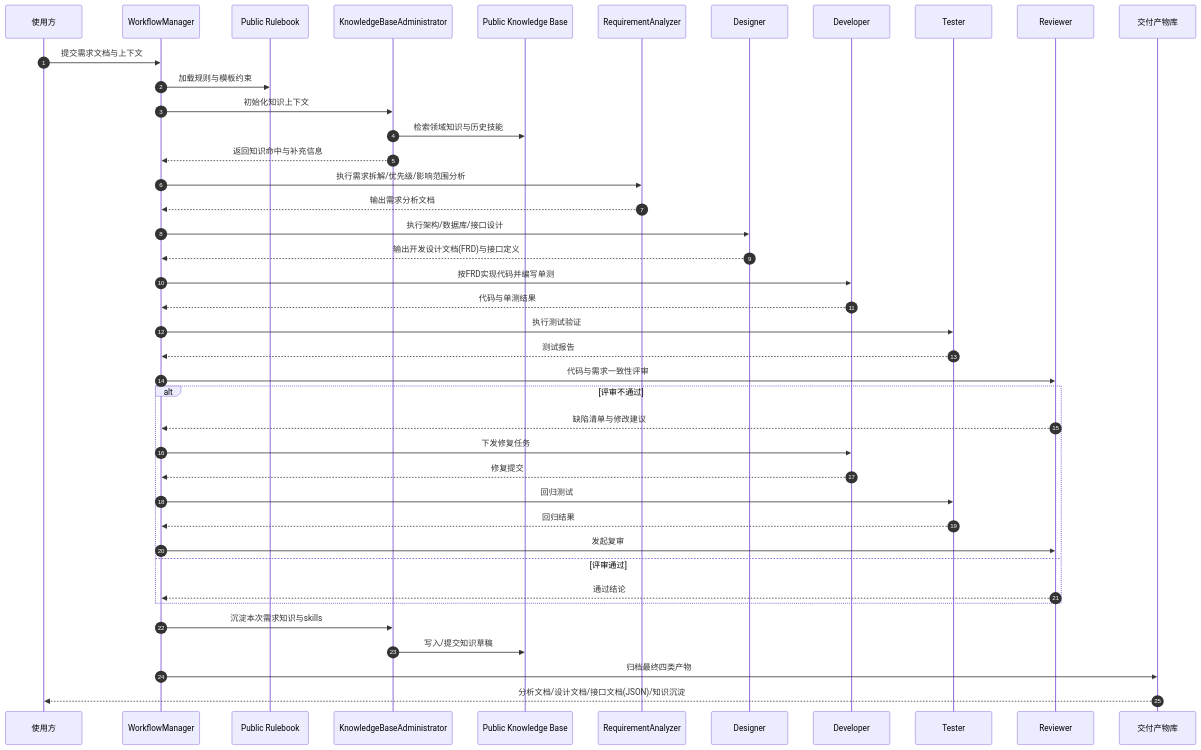
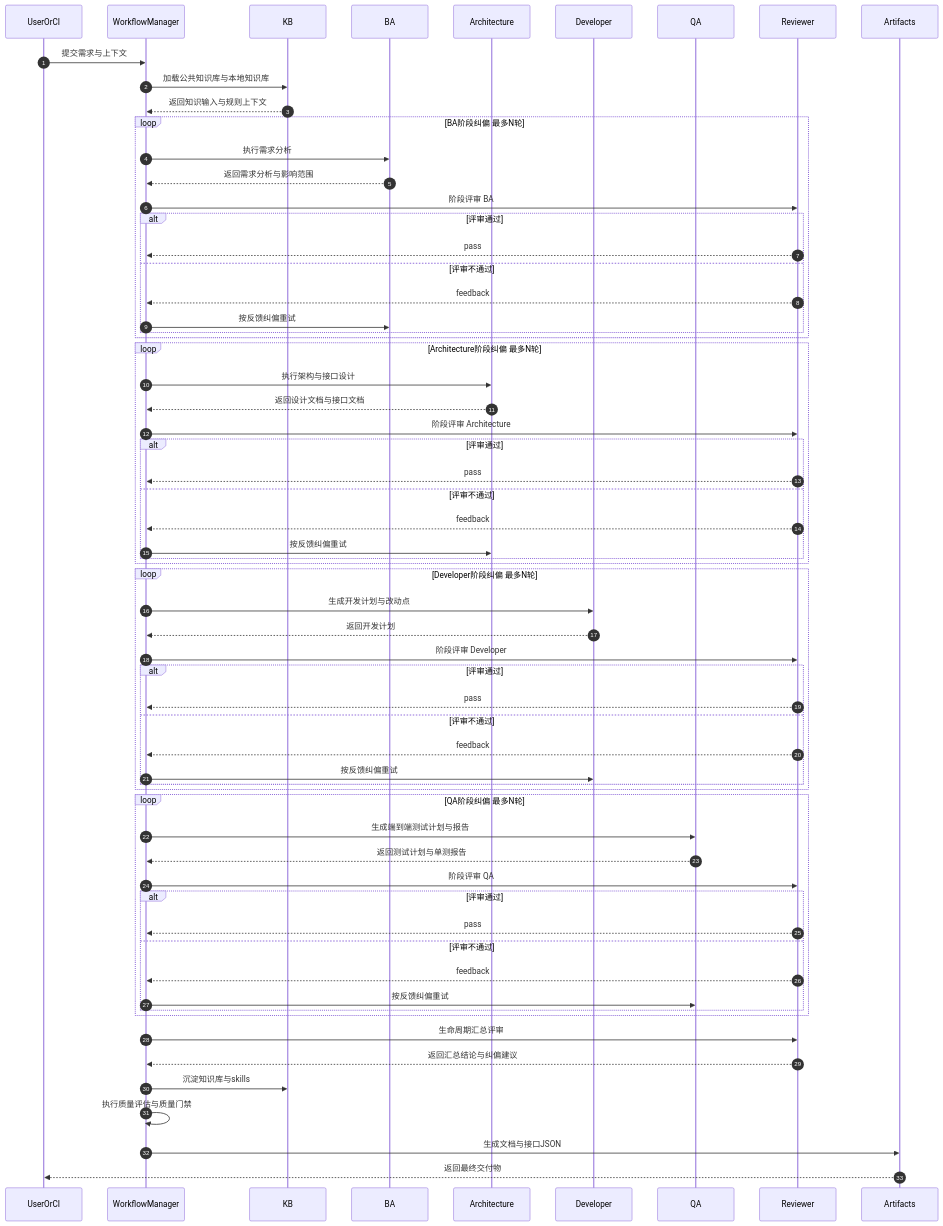
The third of 3 diagrams in README.md (PrincePeng-0/ai-delivery-engine), drawn with Mermaid before and after one commit. The commit also changed other lines of this file, not shown here.

````diff
--- a/README.md
+++ b/README.md
@@ -54,50 +84,72 @@
 ```mermaid
 sequenceDiagram
     autonumber
-    participant User as 使用方
+    participant USER as UserOrCI
     participant WM as WorkflowManager
-    participant RB as Public Rulebook
-    participant KBA as KnowledgeBaseAdministrator
-    participant PKB as Public Knowledge Base
-    participant RA as RequirementAnalyzer
-    participant DS as Designer
+    participant KB as KB
+    participant BA as BA
+    participant ARCH as Architecture
     participant DEV as Developer
-    participant TST as Tester
+    participant QA as QA
     participant RVW as Reviewer
-    participant OUT as 交付产物库
+    participant OUT as Artifacts
 
-    User->>WM: 提交需求文档与上下文
-    WM->>RB: 加载规则与模板约束
-    WM->>KBA: 初始化知识上下文
-    KBA->>PKB: 检索领域知识与历史技能
-    KBA-->>WM: 返回知识命中与补充信息
+    USER->>WM: 提交需求与上下文
+    WM->>KB: 加载公共知识库与本地知识库
+    KB-->>WM: 返回知识输入与规则上下文
 
-    WM->>RA: 执行需求拆解/优先级/影响范围分析
-    RA-->>WM: 输出需求分析文档
-
-    WM->>DS: 执行架构/数据库/接口设计
-    DS-->>WM: 输出开发设计文档(FRD)与接口定义
-
-    WM->>DEV: 按FRD实现代码并编写单测
-    DEV-->>WM: 代码与单测结果
-
-    WM->>TST: 执行测试验证
-    TST-->>WM: 测试报告
-
-    WM->>RVW: 代码与需求一致性评审
-    alt 评审不通过
-        RVW-->>WM: 缺陷清单与修改建议
-        WM->>DEV: 下发修复任务
-        DEV-->>WM: 修复提交
-        WM->>TST: 回归测试
-        TST-->>WM: 回归结果
-        WM->>RVW: 发起复审
-    else 评审通过
-        RVW-->>WM: 通过结论
+    loop BA阶段纠偏 最多N轮
+        WM->>BA: 执行需求分析
+        BA-->>WM: 返回需求分析与影响范围
+        WM->>RVW: 阶段评审 BA
+        alt 评审通过
+            RVW-->>WM: pass
+        else 评审不通过
+            RVW-->>WM: feedback
+            WM->>BA: 按反馈纠偏重试
+        end
     end
 
-    WM->>KBA: 沉淀本次需求知识与skills
-    KBA->>PKB: 写入/提交知识草稿
-    WM->>OUT: 归档最终四类产物
-    OUT-->>User: 分析文档/设计文档/接口文档(JSON)/知识沉淀
+    loop Architecture阶段纠偏 最多N轮
+        WM->>ARCH: 执行架构与接口设计
+        ARCH-->>WM: 返回设计文档与接口文档
+        WM->>RVW: 阶段评审 Architecture
+        alt 评审通过
+            RVW-->>WM: pass
+        else 评审不通过
+            RVW-->>WM: feedback
+            WM->>ARCH: 按反馈纠偏重试
+        end
+    end
+
+    loop Developer阶段纠偏 最多N轮
+        WM->>DEV: 生成开发计划与改动点
+        DEV-->>WM: 返回开发计划
+        WM->>RVW: 阶段评审 Developer
+        alt 评审通过
+            RVW-->>WM: pass
+        else 评审不通过
+            RVW-->>WM: feedback
+            WM->>DEV: 按反馈纠偏重试
+        end
+    end
+
+    loop QA阶段纠偏 最多N轮
+        WM->>QA: 生成端到端测试计划与报告
+        QA-->>WM: 返回测试计划与单测报告
+        WM->>RVW: 阶段评审 QA
+        alt 评审通过
+            RVW-->>WM: pass
+        else 评审不通过
+            RVW-->>WM: feedback
+            WM->>QA: 按反馈纠偏重试
+        end
+    end
+
+    WM->>RVW: 生命周期汇总评审
+    RVW-->>WM: 返回汇总结论与纠偏建议
+    WM->>KB: 沉淀知识库与skills
+    WM->>WM: 执行质量评估与质量门禁
+    WM->>OUT: 生成文档与接口JSON
+    OUT-->>USER: 返回最终交付物
 ```
````
